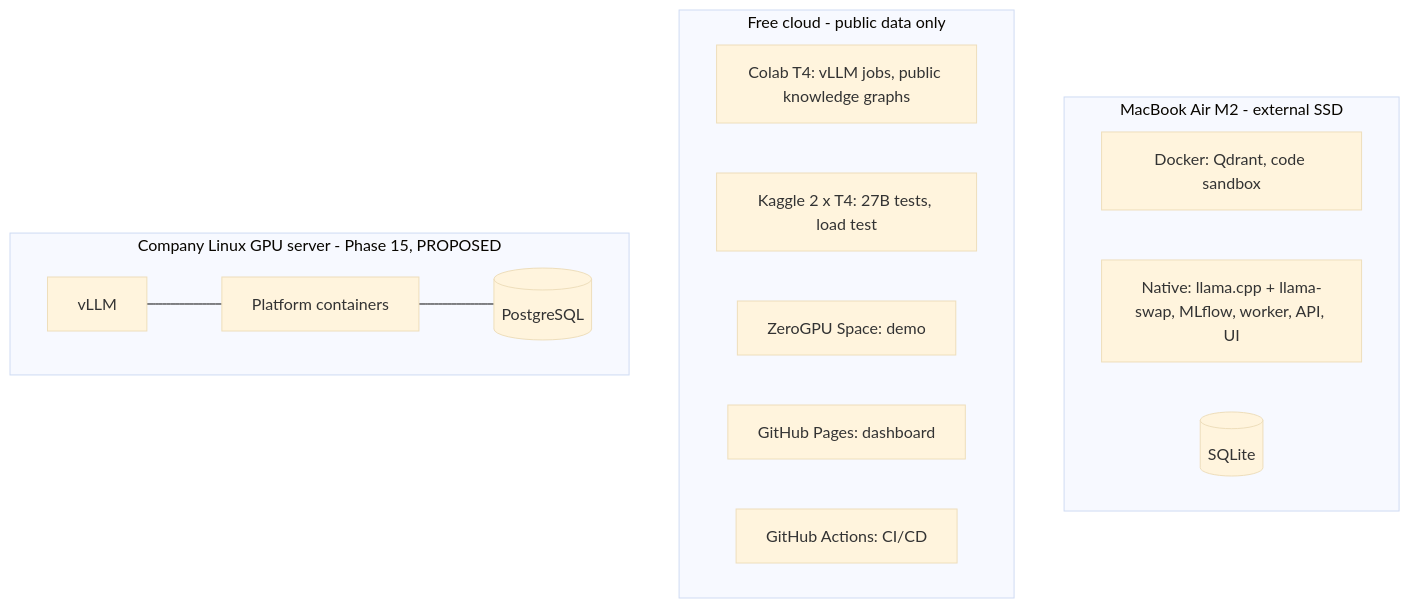
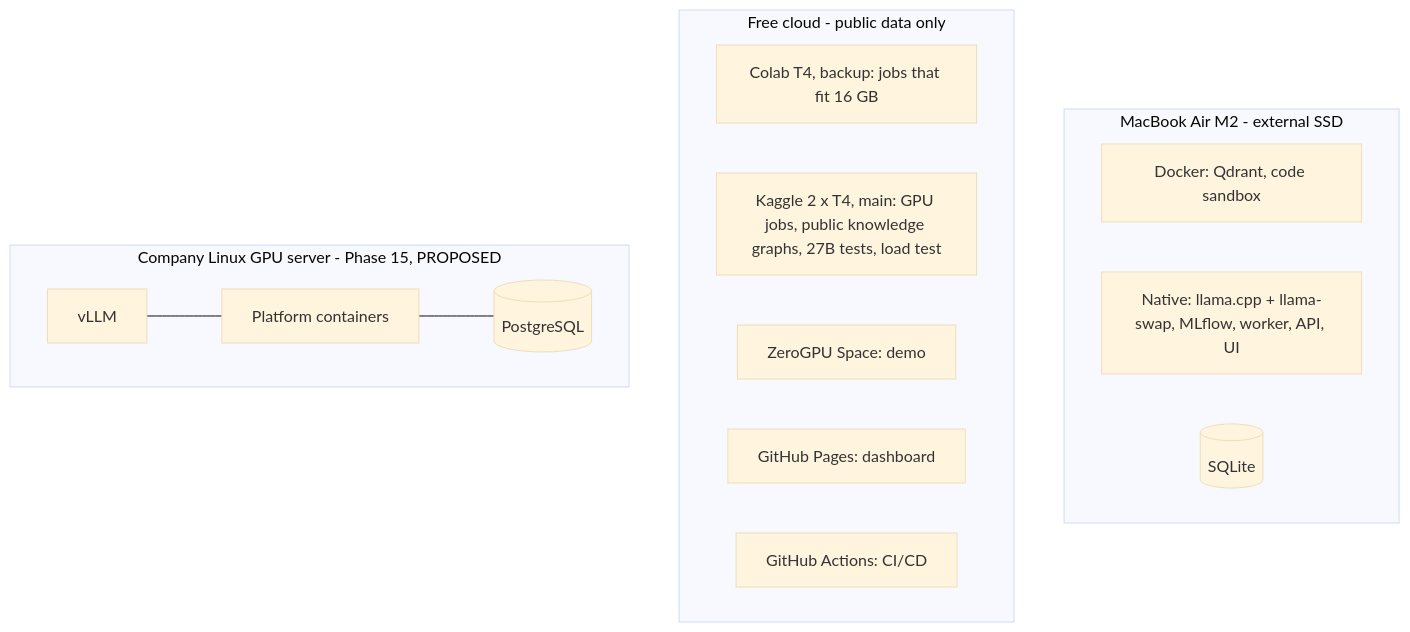
The diagram in docs/04-architecture/deployment-architecture.md (mdu-ai-lab/multiagent-ai-lab), drawn with Mermaid (base theme) before and after one commit. The commit also changed other lines of this file and 15 other files, not shown here.

Commit message:
Make Kaggle the main free GPU and Colab the backup, with GPU profile models that fit the GPU memory

````diff
--- a/docs/04-architecture/deployment-architecture.md
+++ b/docs/04-architecture/deployment-architecture.md
@@ -13,18 +13,18 @@
 ```mermaid
 flowchart TB
   subgraph Mac[MacBook Air M2 - external SSD]
     DK[Docker: Qdrant, code sandbox]
     NT[Native: llama.cpp + llama-swap, MLflow, worker, API, UI]
     SQ[(SQLite)]
   end
   subgraph Cloud[Free cloud - public data only]
-    CL[Colab T4: vLLM jobs, public knowledge graphs]
-    KG[Kaggle 2 x T4: 27B tests, load test]
+    CL[Colab T4, backup: jobs that fit 16 GB]
+    KG[Kaggle 2 x T4, main: GPU jobs, public knowledge graphs, 27B tests, load test]
     ZG[ZeroGPU Space: demo]
     GP[GitHub Pages: dashboard]
     GA[GitHub Actions: CI/CD]
   end
   subgraph Company[Company Linux GPU server - Phase 15, PROPOSED]
     VL[vLLM] --- SV[Platform containers] --- PS[(PostgreSQL)]
   end
 ```
````
